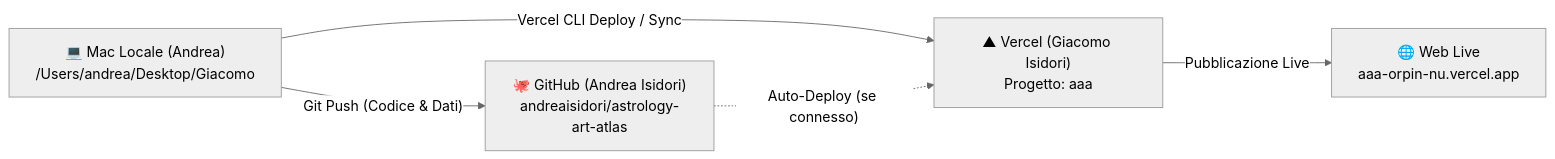
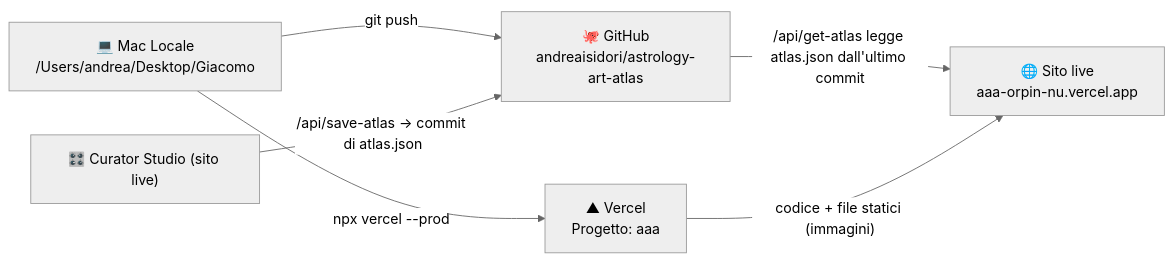
One commit to andreaisidori/astrology-art-atlas changed the diagram in KNOWLEDGE_TRANSFER.md. Above: the diagram before and after it, drawn with Mermaid (neutral theme). The commit also changed other lines of this file and 35 other files, not shown here.

````diff
--- a/KNOWLEDGE_TRANSFER.md
+++ b/KNOWLEDGE_TRANSFER.md
@@ -10,7 +12,8 @@
 ```mermaid
 flowchart LR
-    A["💻 Mac Locale (Andrea)<br/>/Users/andrea/Desktop/Giacomo"] -->|"Git Push (Codice & Dati)"| B["🐙 GitHub (Andrea Isidori)<br/>andreaisidori/astrology-art-atlas"]
-    A -->|"Vercel CLI Deploy / Sync"| C["▲ Vercel (Giacomo Isidori)<br/>Progetto: aaa"]
-    B -.->|"Auto-Deploy (se connesso)"| C
-    C -->|"Pubblicazione Live"| D["🌐 Web Live<br/>aaa-orpin-nu.vercel.app"]
+    A["💻 Mac Locale<br/>/Users/andrea/Desktop/Giacomo"] -->|"git push"| B["🐙 GitHub<br/>andreaisidori/astrology-art-atlas"]
+    A -->|"npx vercel --prod"| C["▲ Vercel<br/>Progetto: aaa"]
+    E["🎛️ Curator Studio (sito live)"] -->|"/api/save-atlas → commit di atlas.json"| B
+    B -->|"/api/get-atlas legge atlas.json dall'ultimo commit"| D["🌐 Sito live<br/>aaa-orpin-nu.vercel.app"]
+    C -->|"codice + file statici (immagini)"| D
 ```
````
